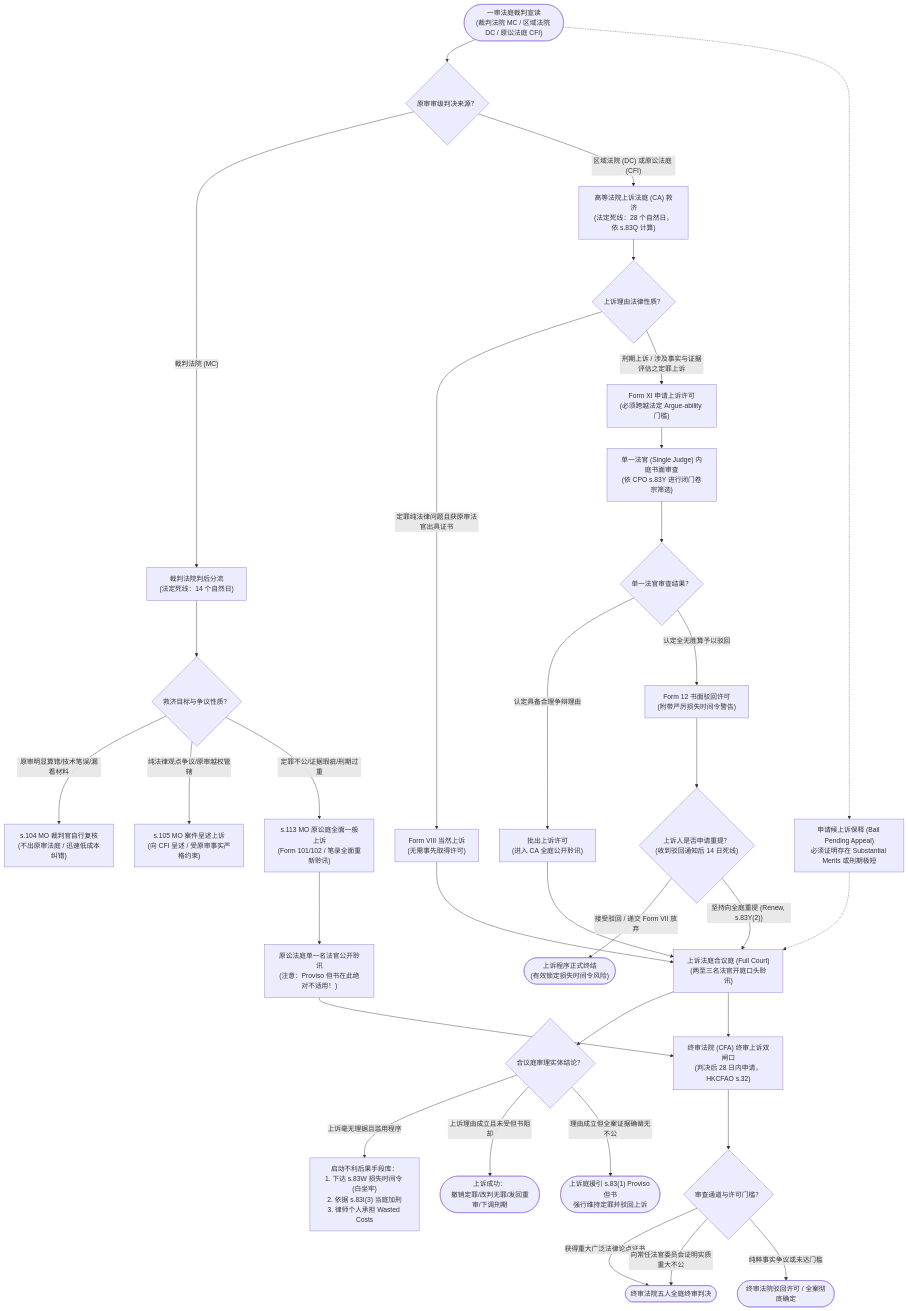
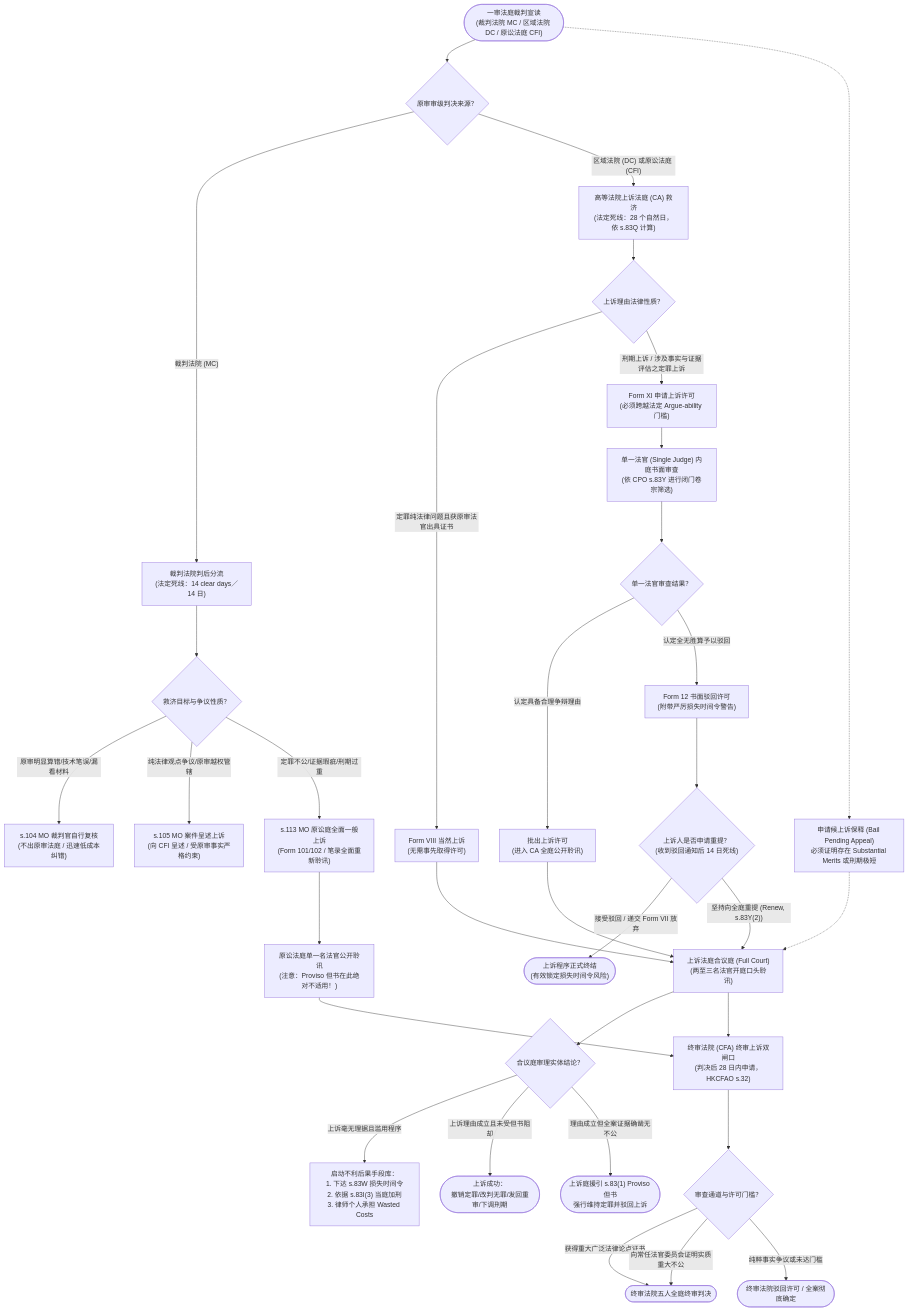
One commit to mixxmax/pcll-criminal-cards changed the first of 4 diagrams in src/content/docs/institutions/16-institution-criminal-appeals.md. Above: the diagram before and after it, drawn with Mermaid. The commit also changed other lines of this file and 13 other files, not shown here.

````diff
--- a/src/content/docs/institutions/16-institution-criminal-appeals.md
+++ b/src/content/docs/institutions/16-institution-criminal-appeals.md
@@ -82,50 +82,50 @@
 ```mermaid
 flowchart TD
  %% 阶段一：一审裁判宣布与分流
  START(["一审法庭裁判宣读<br>(裁判法院 MC / 区域法院 DC / 原讼法庭 CFI)"]) --> FORK{"原审审级判决来源？"}
 
  %% 阶段二：裁判法院 14日救济分流
- FORK -- "裁判法院 (MC)" --> MC_ROUTE["裁判法院判后分流<br>(法定死线：14 个自然日)"]
+ FORK -- "裁判法院 (MC)" --> MC_ROUTE["裁判法院判后分流<br>(法定死线：14 clear days／14 日)"]
  MC_ROUTE --> MC_OPT{"救济目标与争议性质？"}
  MC_OPT -- "原审明显算错/技术笔误/漏看材料" --> MC_104["s.104 MO 裁判官自行复核<br>(不出原审法庭 / 迅速低成本纠错)"]
  MC_OPT -- "纯法律观点争议/原审越权管辖" --> MC_105["s.105 MO 案件呈述上诉<br>(向 CFI 呈述 / 受原审事实严格约束)"]
  MC_OPT -- "定罪不公/证据瑕疵/刑期过重" --> MC_113["s.113 MO 原讼庭全面一般上诉<br>(Form 101/102 / 笔录全面重新聆讯)"]
 
  %% 阶段三：高等法院 28日上诉与许可门槛
  FORK -- "区域法院 (DC) 或原讼法庭 (CFI)" --> HC_ROUTE["高等法院上诉法庭 (CA) 救济<br>(法定死线：28 个自然日，依 s.83Q 计算)"]
  HC_ROUTE --> HC_LEAVE{"上诉理由法律性质？"}
  HC_LEAVE -- "定罪纯法律问题且获原审法官出具证书" --> FORM_VIII["Form VIII 当然上诉<br>(无需事先取得许可)"]
  HC_LEAVE -- "刑期上诉 / 涉及事实与证据评估之定罪上诉" --> FORM_XI["Form XI 申请上诉许可<br>(必须跨越法定 Argue-ability 门槛)"]
 
  %% 阶段四：单一法官把关与重提
  FORM_XI --> SINGLE_JUDGE["单一法官 (Single Judge) 内庭书面审查<br>(依 CPO s.83Y 进行闭门卷宗筛选)"]
  SINGLE_JUDGE --> SJ_DECISION{"单一法官审查结果？"}
  SJ_DECISION -- "认定具备合理争辩理由" --> GRANT_LEAVE["批出上诉许可<br>(进入 CA 全庭公开聆讯)"]
  SJ_DECISION -- "认定全无胜算予以驳回" --> REFUSE_LEAVE["Form 12 书面驳回许可<br>(附带严厉损失时间令警告)"]
 
  REFUSE_LEAVE --> RENEW_DECISION{"上诉人是否申请重提？<br>(收到驳回通知后 14 日死线)"}
  RENEW_DECISION -- "接受驳回 / 递交 Form VII 放弃" --> END_DISMISS(["上诉程序正式终结<br>(有效锁定损失时间令风险)"])
  RENEW_DECISION -- "坚持向全庭重提 (Renew, s.83Y(2))" --> FULL_COURT["上诉法庭合议庭 (Full Court)<br>(两至三名法官开庭口头聆讯)"]
 
  %% 阶段五：公开开庭与上诉风险审理
  GRANT_LEAVE --> FULL_COURT
  FORM_VIII --> FULL_COURT
  MC_113 --> CFI_HEARING["原讼法庭单一名法官公开聆讯<br>(注意：Proviso 但书在此绝对不适用！)"]
 
  FULL_COURT --> MERIT_CHECK{"合议庭审理实体结论？"}
- MERIT_CHECK -- "上诉毫无理据且滥用程序" --> LOSS_TIME["启动不利后果手段库：<br>1. 下达 s.83W 损失时间令 (白坐牢)<br>2. 依据 s.83I(3) 当庭加刑<br>3. 律师个人承担 Wasted Costs"]
+ MERIT_CHECK -- "上诉毫无理据且滥用程序" --> LOSS_TIME["启动不利后果手段库：<br>1. 下达 s.83W 损失时间令<br>2. 依据 s.83I(3) 当庭加刑<br>3. 律师个人承担 Wasted Costs"]
  MERIT_CHECK -- "上诉理由成立且未受但书阻却" --> WIN_APPEAL(["上诉成功：<br>撤销定罪/改判无罪/发回重审/下调刑期"])
  MERIT_CHECK -- "理由成立但全案证据确凿无不公" --> PROVISO_APPLY(["上诉庭援引 s.83(1) Proviso 但书<br>强行维持定罪并驳回上诉"])
 
  %% 阶段六：终审法院终审通道
  FULL_COURT --> CFA_ROUTE["终审法院 (CFA) 终审上诉双闸口<br>(判决后 28 日内申请，HKCFAO s.32)"]
  CFI_HEARING --> CFA_ROUTE
  CFA_ROUTE --> CFA_GATE{"审查通道与许可门槛？"}
  CFA_GATE -- "获得重大广泛法律论点证书" --> CFA_FINAL(["终审法院五人全庭终审判决"])
  CFA_GATE -- "向常任法官委员会证明实质重大不公" --> CFA_FINAL
  CFA_GATE -- "纯粹事实争议或未达门槛" --> CFA_REFUSE(["终审法院驳回许可 / 全案彻底确定"])
 
  %% 贯穿始终的候审保释
  START -.-> BAIL_PENDING["申请候上诉保释 (Bail Pending Appeal)<br>必须证明存在 Substantial Merits 或刑期极短"]
  BAIL_PENDING -.-> FULL_COURT
 ```
````
